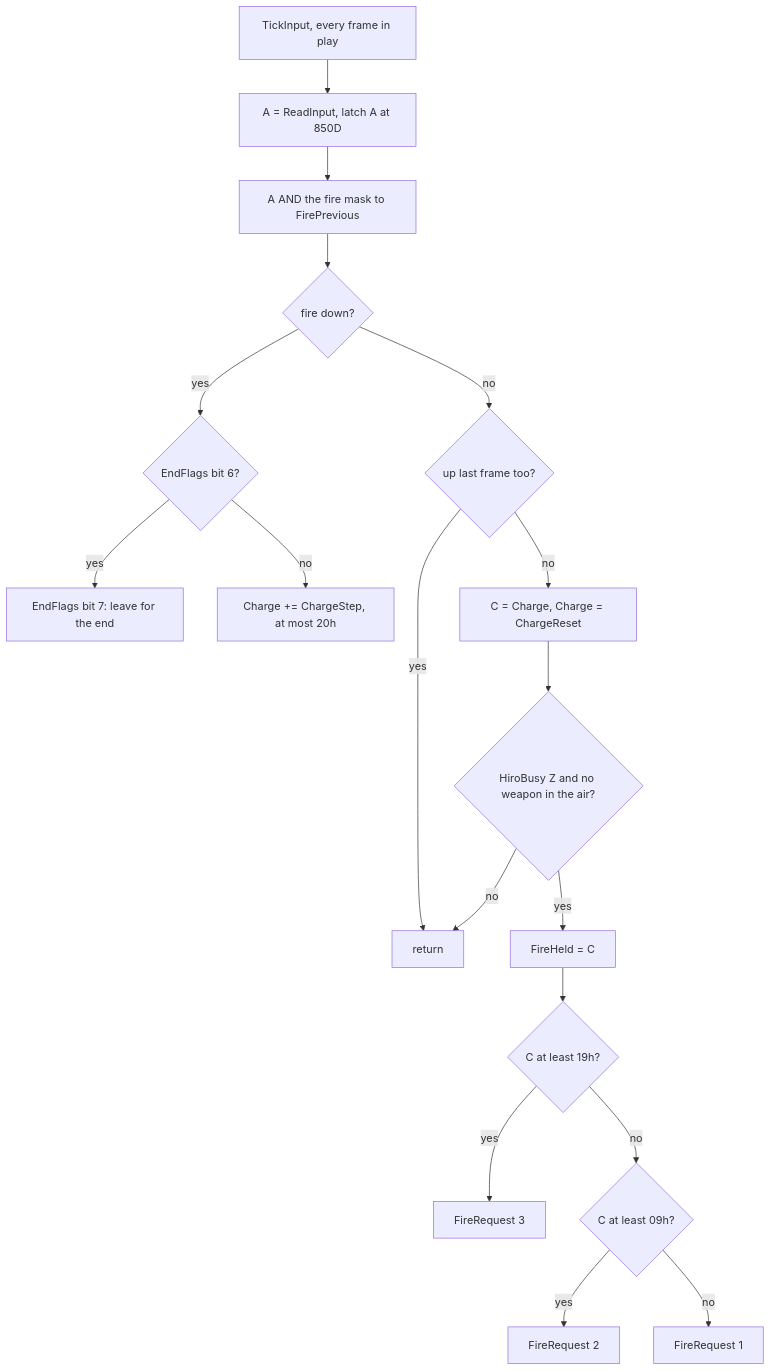
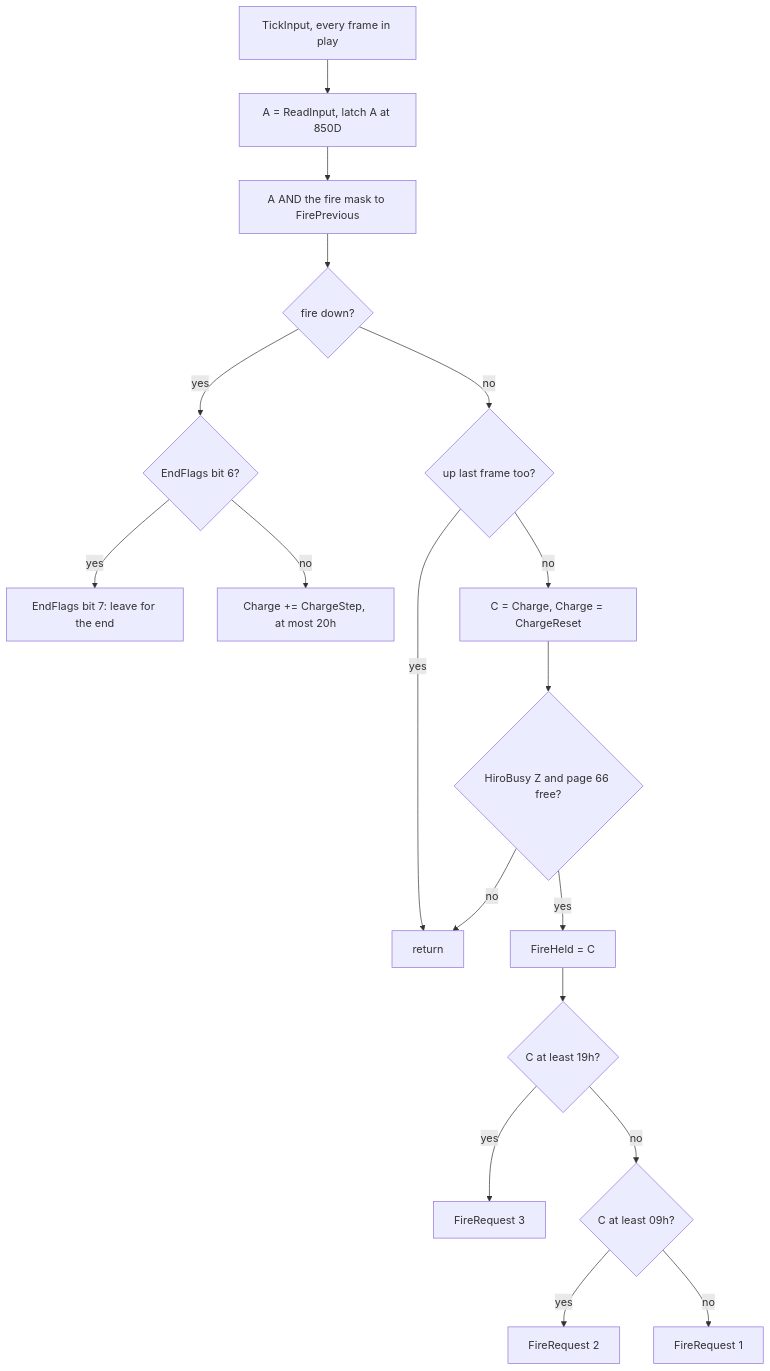
Before and after one commit to alfishe/unrealng-reverse-cases: the fourth of 9 diagrams in games/switchblade/docs/05-controls.md, drawn with Mermaid. The commit also changed other lines of this file and 54 other files, not shown here.

````diff
--- a/games/switchblade/docs/05-controls.md
+++ b/games/switchblade/docs/05-controls.md
@@ -470,20 +471,20 @@
 ```mermaid
 flowchart TD
     A[TickInput, every frame in play] --> B[A = ReadInput, latch A at 850D]
     B --> C[A AND the fire mask to FirePrevious]
     C --> D{fire down?}
     D -- yes --> E{EndFlags bit 6?}
     E -- yes --> F[EndFlags bit 7: leave for the end]
     E -- no --> G["Charge += ChargeStep, at most 20h"]
     D -- no --> H{up last frame too?}
     H -- yes --> R[return]
     H -- no --> I[C = Charge, Charge = ChargeReset]
-    I --> J{HiroBusy Z and no weapon in the air?}
+    I --> J{HiroBusy Z and page 66 free?}
     J -- no --> R
     J -- yes --> K[FireHeld = C]
     K --> L{"C at least 19h?"}
     L -- yes --> M[FireRequest 3]
     L -- no --> N{"C at least 09h?"}
     N -- yes --> O[FireRequest 2]
     N -- no --> P[FireRequest 1]
 ```
````
